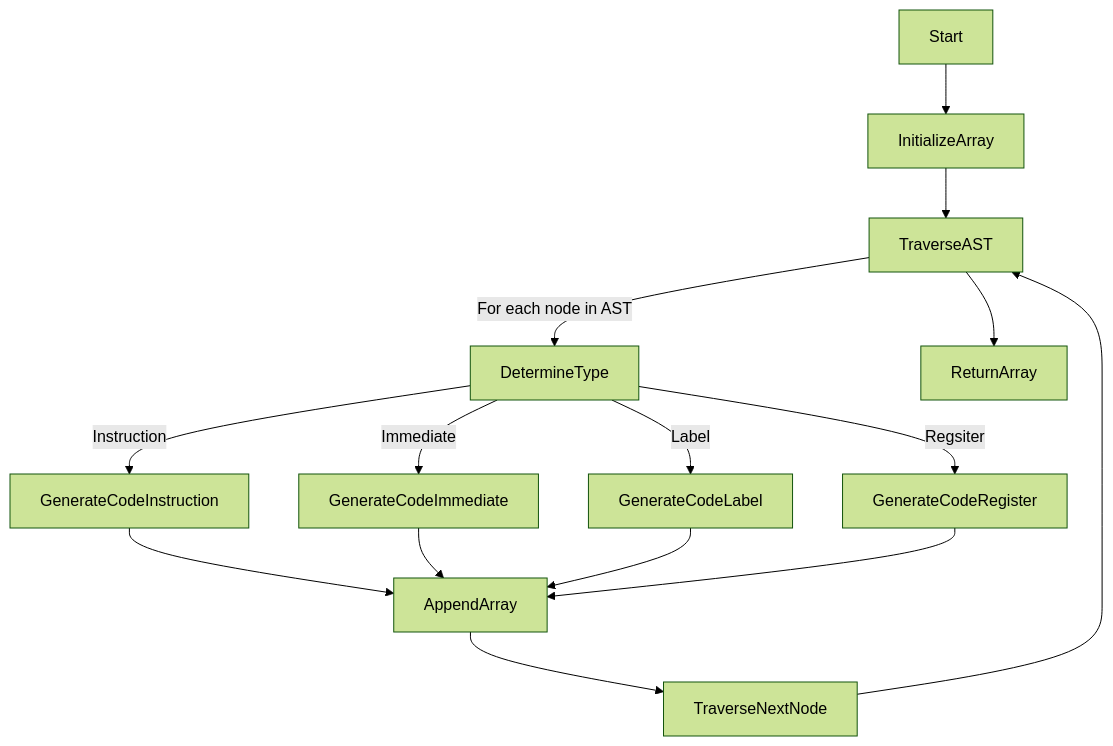
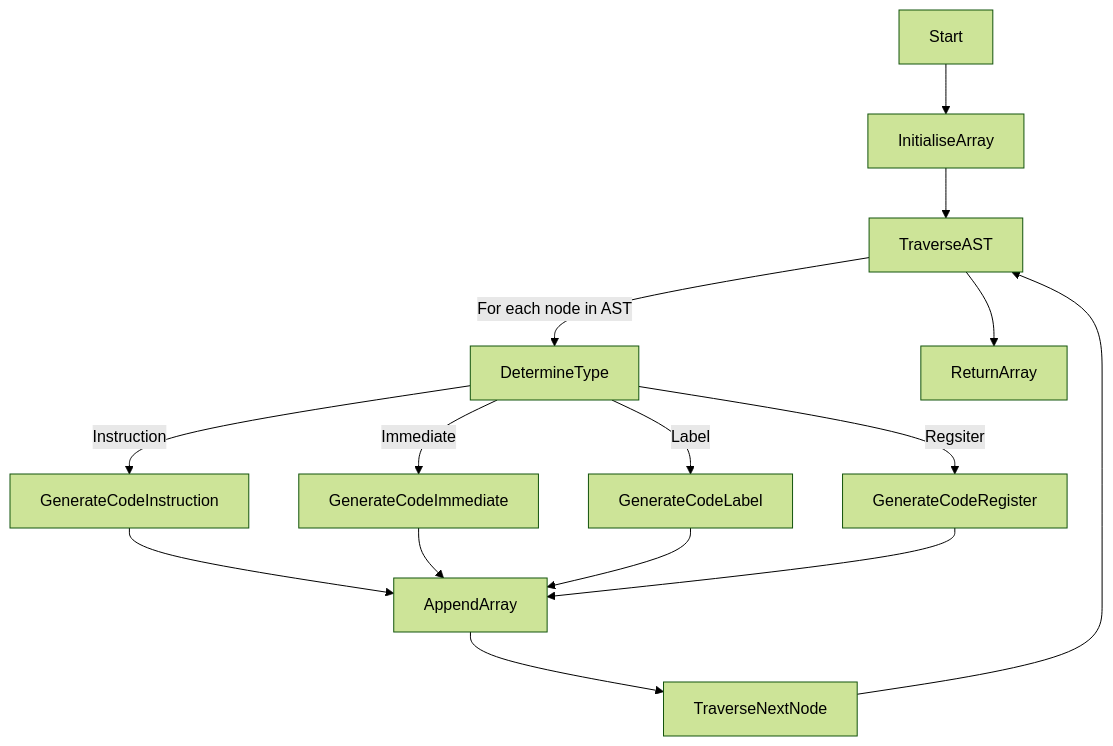
Before and after one commit to algosup/2023-2024-project-3-virtual-processor-team-1: the fifth of 9 diagrams in Documents/TechnicalSpecifications.md, drawn with Mermaid (forest theme). The commit also changed other lines of this file and 5 other files, not shown here.

````diff
--- a/Documents/TechnicalSpecifications.md
+++ b/Documents/TechnicalSpecifications.md
@@ -800,18 +804,18 @@
 ```mermaid
 flowchart TD
-    Start --> InitializeArray
-    InitializeArray --> TraverseAST
+    Start --> InitialiseArray
+    InitialiseArray --> TraverseAST
     TraverseAST --> |For each node in AST| DetermineType
     DetermineType --> |Instruction| GenerateCodeInstruction
     DetermineType --> |Immediate| GenerateCodeImmediate
     DetermineType --> |Label| GenerateCodeLabel
     DetermineType --> |Regsiter| GenerateCodeRegister
     GenerateCodeInstruction --> AppendArray
     GenerateCodeImmediate --> AppendArray
     GenerateCodeLabel --> AppendArray
     GenerateCodeRegister --> AppendArray
     AppendArray --> TraverseNextNode
     TraverseNextNode --> TraverseAST
     TraverseAST --> ReturnArray
 
 ```
````
